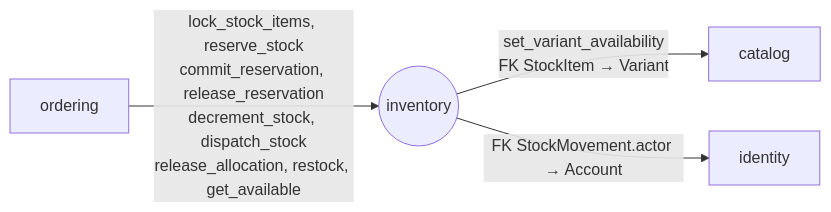
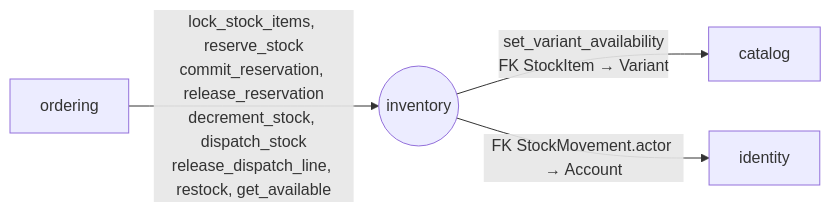
Before and after one commit to LuongCongThanh/fashion-store-backend: the diagram in docs/architecture/modules/inventory.md, drawn with Mermaid. The commit also changed other lines of this file and 15 other files, not shown here.

````diff
--- a/docs/architecture/modules/inventory.md
+++ b/docs/architecture/modules/inventory.md
@@ -30,6 +30,6 @@
 ```mermaid
 graph LR
-    ordering -->|"lock_stock_items, reserve_stock<br/>commit_reservation, release_reservation<br/>decrement_stock, dispatch_stock<br/>release_allocation, restock, get_available"| inventory((inventory))
+    ordering -->|"lock_stock_items, reserve_stock<br/>commit_reservation, release_reservation<br/>decrement_stock, dispatch_stock<br/>release_dispatch_line, restock, get_available"| inventory((inventory))
     inventory -->|"set_variant_availability<br/>FK StockItem → Variant"| catalog
     inventory -->|"FK StockMovement.actor → Account"| identity
 ```
````
